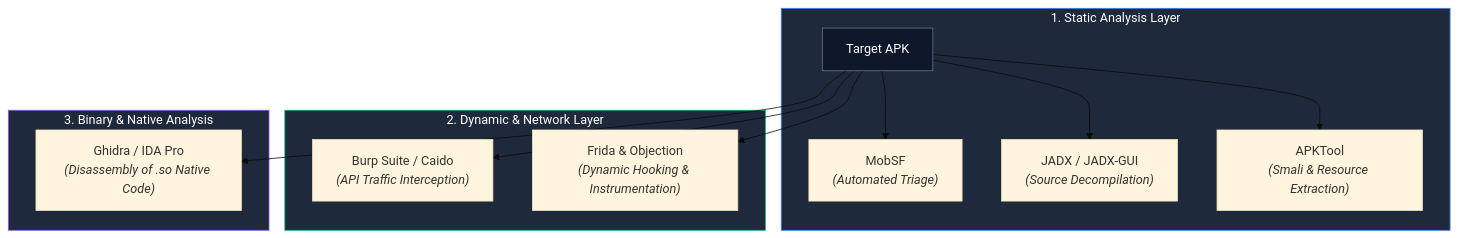
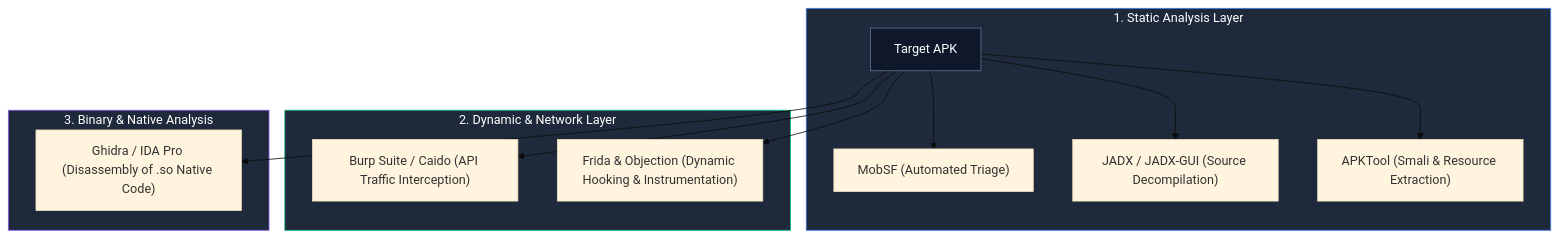
One commit to sivaoffl04/Cyber-Blog changed diagram 12 of 15 in Android_pentest/Introduction, APK Analysis, JADX & MobSF/Android_pentest_part-1.MD. Above: the diagram before and after it, drawn with Mermaid (base theme). The commit also changed other lines of this file, not shown here.

Commit message:
Fix Mermaid diagram compatibility for GitHub rendering

````diff
--- a/Android_pentest/Introduction, APK Analysis, JADX & MobSF/Android_pentest_part-1.MD
+++ b/Android_pentest/Introduction, APK Analysis, JADX & MobSF/Android_pentest_part-1.MD
@@ -566,24 +590,24 @@
 ```mermaid
 flowchart TB
     Target["Target APK"]
 
     subgraph StaticLayer["1. Static Analysis Layer"]
-        Target --> MobSF["MobSF<br/><i>(Automated Triage)</i>"]
-        Target --> JADX["JADX / JADX-GUI<br/><i>(Source Decompilation)</i>"]
-        Target --> APKTool["APKTool<br/><i>(Smali & Resource Extraction)</i>"]
+        Target --> MobSF["MobSF (Automated Triage)"]
+        Target --> JADX["JADX / JADX-GUI (Source Decompilation)"]
+        Target --> APKTool["APKTool (Smali & Resource Extraction)"]
     end
 
     subgraph DynamicLayer["2. Dynamic & Network Layer"]
-        Target --> Burp["Burp Suite / Caido<br/><i>(API Traffic Interception)</i>"]
-        Target --> Frida["Frida & Objection<br/><i>(Dynamic Hooking & Instrumentation)</i>"]
+        Target --> Burp["Burp Suite / Caido (API Traffic Interception)"]
+        Target --> Frida["Frida & Objection (Dynamic Hooking & Instrumentation)"]
     end
 
     subgraph NativeLayer["3. Binary & Native Analysis"]
-        Target --> Ghidra["Ghidra / IDA Pro<br/><i>(Disassembly of .so Native Code)</i>"]
+        Target --> Ghidra["Ghidra / IDA Pro (Disassembly of .so Native Code)"]
     end
 
     style Target fill:#0f172a,stroke:#64748b,color:#fff
     style StaticLayer fill:#1e293b,stroke:#3b82f6,color:#fff
     style DynamicLayer fill:#1e293b,stroke:#10b981,color:#fff
     style NativeLayer fill:#1e293b,stroke:#8b5cf6,color:#fff
 ```
````
